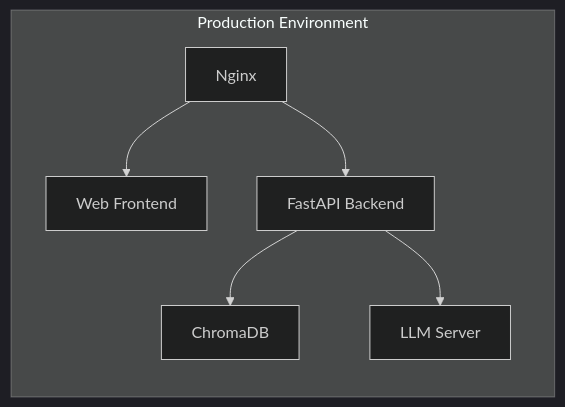
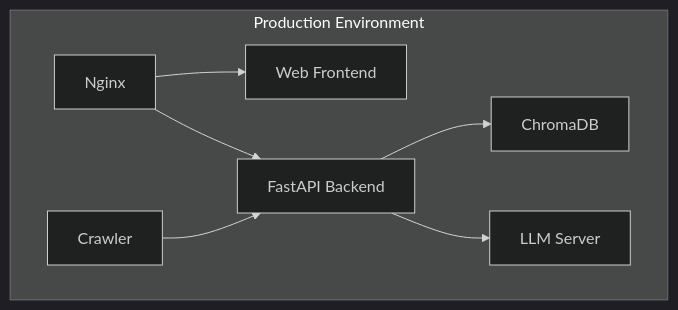
Before and after one commit to mnhlt/General-RAG: the third of 3 diagrams in ARCHITECTURE.md, drawn with Mermaid (dark theme). The commit also changed other lines of this file and 9 other files, not shown here.

````diff
--- a/ARCHITECTURE.md
+++ b/ARCHITECTURE.md
@@ -225,9 +106,10 @@
 ```mermaid
-graph LR
+graph TB
     subgraph "Production Environment"
         A[Nginx] --> B[Web Frontend]
         A --> C[FastAPI Backend]
         C --> D[ChromaDB]
         C --> E[LLM Server]
+        F[Crawler] --> C
     end
 ```
````
